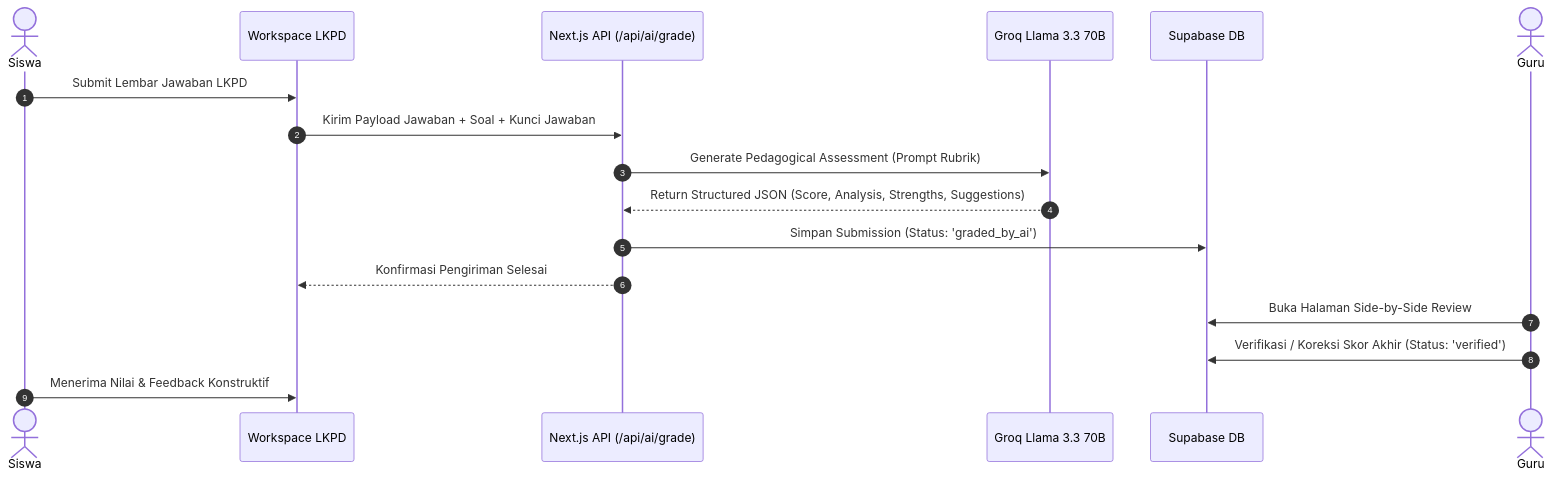
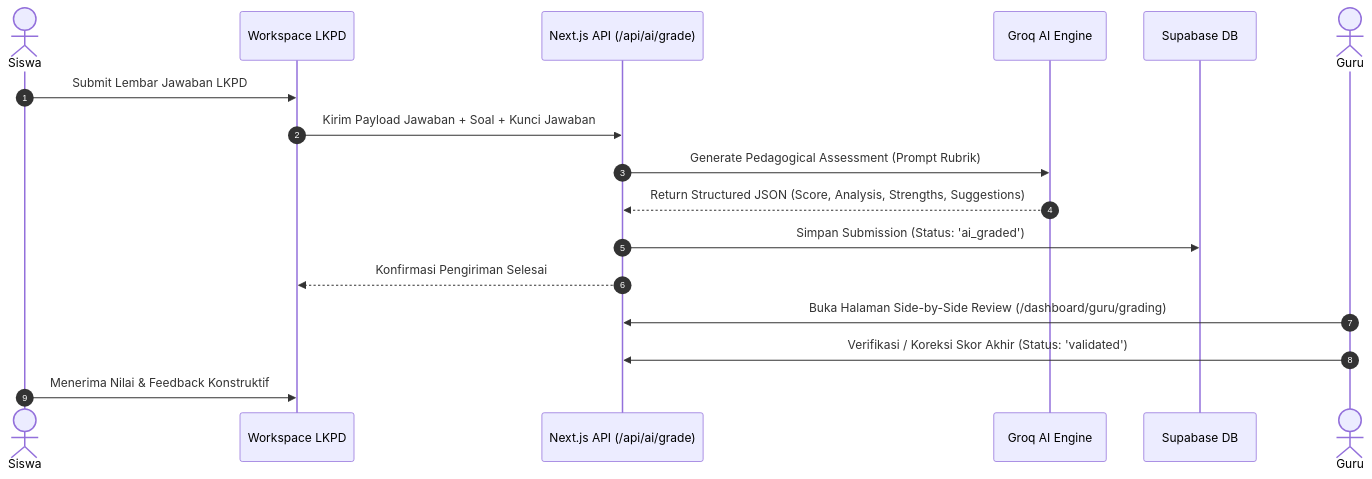
One commit to kakaadsp/evolva-elearning changed the second of 2 diagrams in README.md. Above: the diagram before and after it, drawn with Mermaid. The commit also changed other lines of this file and 31 other files, not shown here.

Commit message:
feat: fix Groq AI grading, add Recharts analytics charts, enhance guru management, and update README

````diff
--- a/README.md
+++ b/README.md
@@ -116,20 +122,20 @@
 ```mermaid
 sequenceDiagram
     autonumber
     actor Siswa
     participant UI as Workspace LKPD
     participant Server as Next.js API (/api/ai/grade)
-    participant Groq as Groq Llama 3.3 70B
+    participant Groq as Groq AI Engine
     participant DB as Supabase DB
     actor Guru
 
     Siswa->>UI: Submit Lembar Jawaban LKPD
     UI->>Server: Kirim Payload Jawaban + Soal + Kunci Jawaban
     Server->>Groq: Generate Pedagogical Assessment (Prompt Rubrik)
     Groq-->>Server: Return Structured JSON (Score, Analysis, Strengths, Suggestions)
-    Server->>DB: Simpan Submission (Status: 'graded_by_ai')
+    Server->>DB: Simpan Submission (Status: 'ai_graded')
     Server-->>UI: Konfirmasi Pengiriman Selesai
-    Guru->>DB: Buka Halaman Side-by-Side Review
-    Guru->>DB: Verifikasi / Koreksi Skor Akhir (Status: 'verified')
+    Guru->>Server: Buka Halaman Side-by-Side Review (/dashboard/guru/grading)
+    Guru->>Server: Verifikasi / Koreksi Skor Akhir (Status: 'validated')
     Siswa->>UI: Menerima Nilai & Feedback Konstruktif
 ```
````
